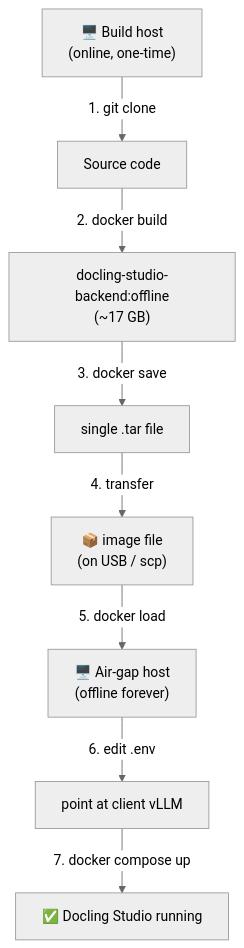
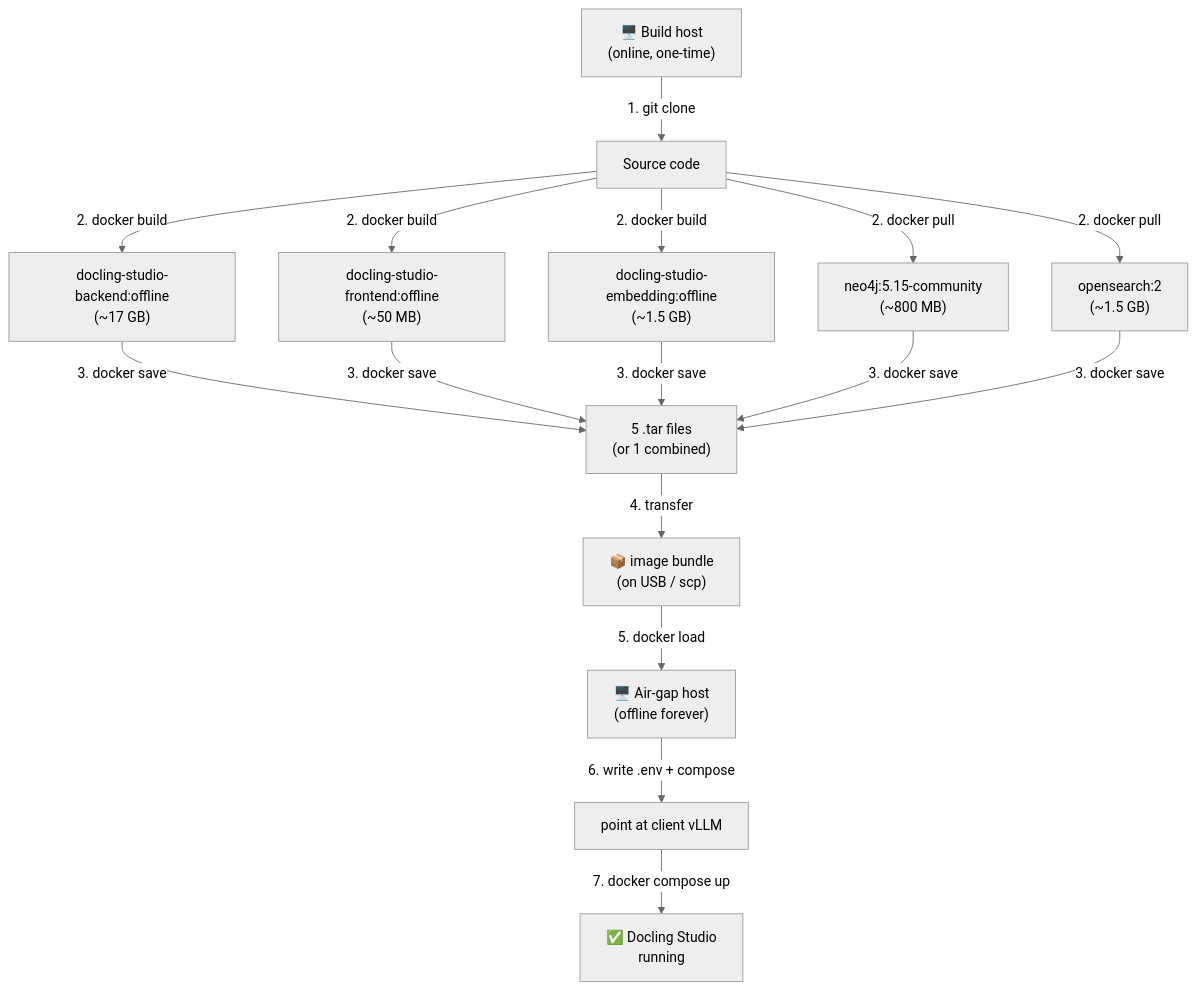
Before and after one commit to silwaltz/docling-Studio: the second of 2 diagrams in docs/user-guide/airgap-deployment-guide.md, drawn with Mermaid. The commit also changed other lines of this file and 1 other file, not shown here.

````diff
--- a/docs/user-guide/airgap-deployment-guide.md
+++ b/docs/user-guide/airgap-deployment-guide.md
@@ -144,14 +187,18 @@
 ```mermaid
 ---
 config:
   theme: neutral
 ---
 flowchart TD
     A["🖥️ Build host<br/>(online, one-time)"] -->|"1. git clone"| B["Source code"]
-    B -->|"2. docker build"| C["docling-studio-backend:offline<br/>(~17 GB)"]
-    C -->|"3. docker save"| D["single .tar file"]
-    D -->|"4. transfer"| E["📦 image file<br/>(on USB / scp)"]
+    B -->|"2. docker build"| C1["docling-studio-backend:offline<br/>(~17 GB)"]
+    B -->|"2. docker build"| C2["docling-studio-frontend:offline<br/>(~50 MB)"]
+    B -->|"2. docker build"| C3["docling-studio-embedding:offline<br/>(~1.5 GB)"]
+    B -->|"2. docker pull"| C4["neo4j:5.15-community<br/>(~800 MB)"]
+    B -->|"2. docker pull"| C5["opensearch:2<br/>(~1.5 GB)"]
+    C1 & C2 & C3 & C4 & C5 -->|"3. docker save"| D["5 .tar files<br/>(or 1 combined)"]
+    D -->|"4. transfer"| E["📦 image bundle<br/>(on USB / scp)"]
     E -->|"5. docker load"| F["🖥️ Air-gap host<br/>(offline forever)"]
-    F -->|"6. edit .env"| G["point at client vLLM"]
-    G -->|"7. docker compose up"| H["✅ Docling Studio running"]
+    F -->|"6. write .env + compose"| G["point at client vLLM"]
+    G -->|"7. docker compose up"| H["✅ Docling Studio<br/>running"]
 ```
````
